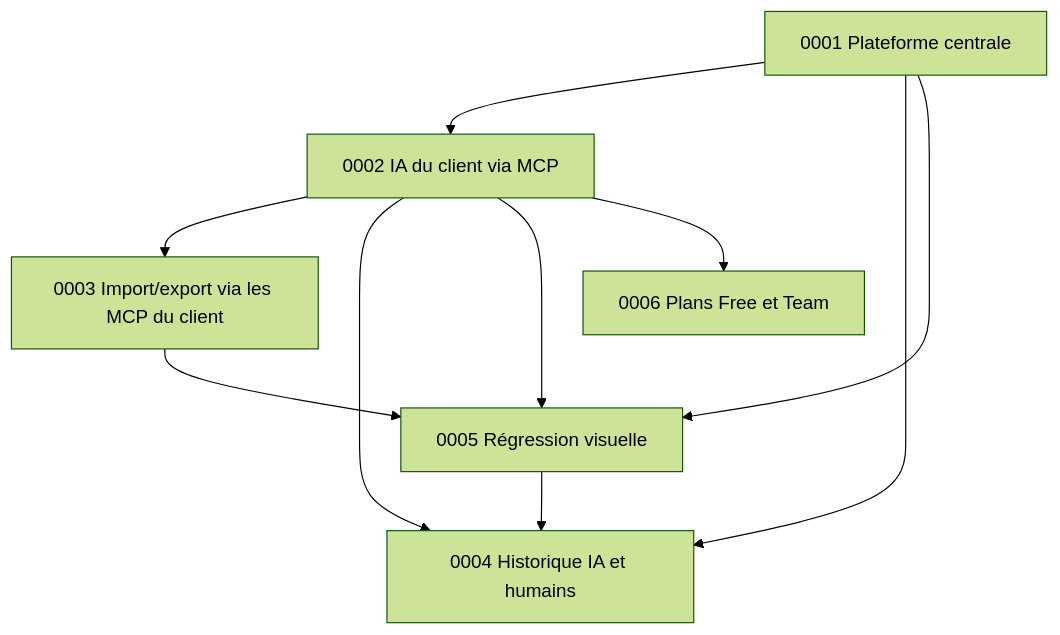
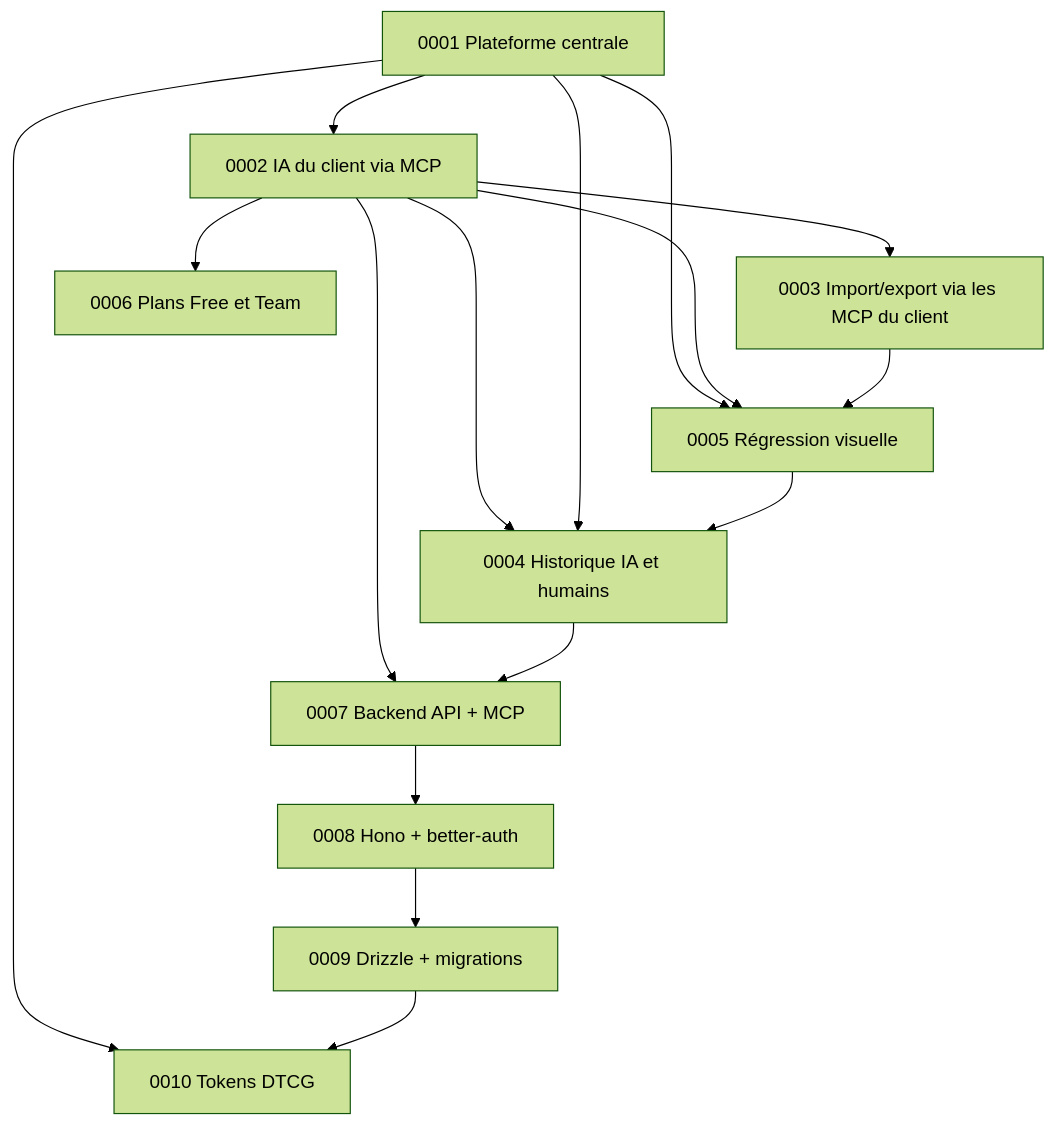
One commit to Muhammed21/dezyn changed the diagram in docs/adr/README.md. Above: the diagram before and after it, drawn with Mermaid (forest theme). The commit also changed other lines of this file and 5 other files, not shown here.

````diff
--- a/docs/adr/README.md
+++ b/docs/adr/README.md
@@ -18,12 +22,18 @@
 ```mermaid
 graph TD
   0001[0001 Plateforme centrale] --> 0002[0002 IA du client via MCP]
   0002 --> 0003[0003 Import/export via les MCP du client]
   0002 --> 0004[0004 Historique IA et humains]
   0001 --> 0004
   0001 --> 0005[0005 Régression visuelle]
   0002 --> 0005
   0003 --> 0005
   0005 --> 0004
   0002 --> 0006[0006 Plans Free et Team]
+  0002 --> 0007[0007 Backend API + MCP]
+  0004 --> 0007
+  0007 --> 0008[0008 Hono + better-auth]
+  0008 --> 0009[0009 Drizzle + migrations]
+  0001 --> 0010[0010 Tokens DTCG]
+  0009 --> 0010
 ```
````
